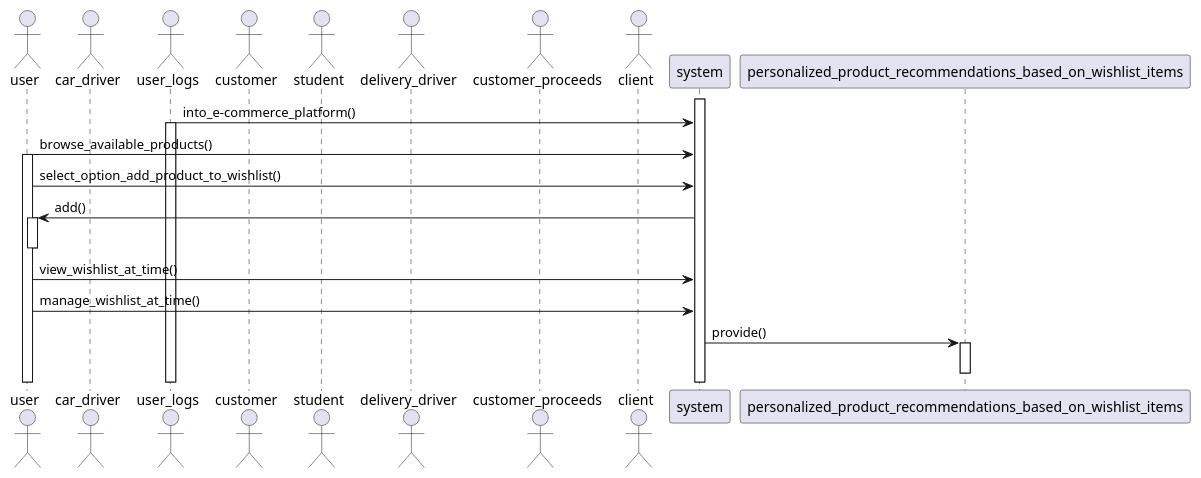
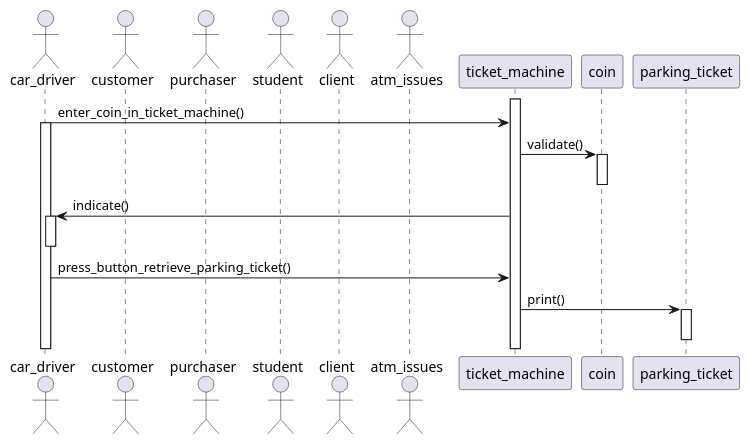
Before and after one commit to Neltharion59/UC2Sqd: the diagram in output.puml, drawn with PlantUML. The commit also changed 4 other files, not shown here.

```diff
--- a/output.puml
+++ b/output.puml
@@ -1,26 +1,24 @@
 @startuml
-actor user
 actor car_driver
-actor user_logs
 actor customer
+actor purchaser
 actor student
-actor delivery_driver
-actor customer_proceeds
 actor client
-participant system
-activate system
-user_logs -> system: into_e-commerce_platform()
-activate user_logs
-user -> system: browse_available_products()
-activate user
-user -> system: select_option_add_product_to_wishlist()
-system -> user: add()
-activate user
-deactivate user
-user -> system: view_wishlist_at_time()
-user -> system: manage_wishlist_at_time()
-participant personalized_product_recommendations_based_on_wishlist_items
-system -> personalized_product_recommendations_based_on_wishlist_items: provide()
-activate personalized_product_recommendations_based_on_wishlist_items
-deactivate personalized_product_recommendations_based_on_wishlist_items
+actor atm_issues
+participant ticket_machine
+activate ticket_machine
+car_driver -> ticket_machine: enter_coin_in_ticket_machine()
+activate car_driver
+participant coin
+ticket_machine -> coin: validate()
+activate coin
+deactivate coin
+ticket_machine -> car_driver: indicate()
+activate car_driver
+deactivate car_driver
+car_driver -> ticket_machine: press_button_retrieve_parking_ticket()
+participant parking_ticket
+ticket_machine -> parking_ticket: print()
+activate parking_ticket
+deactivate parking_ticket
 @enduml
```
